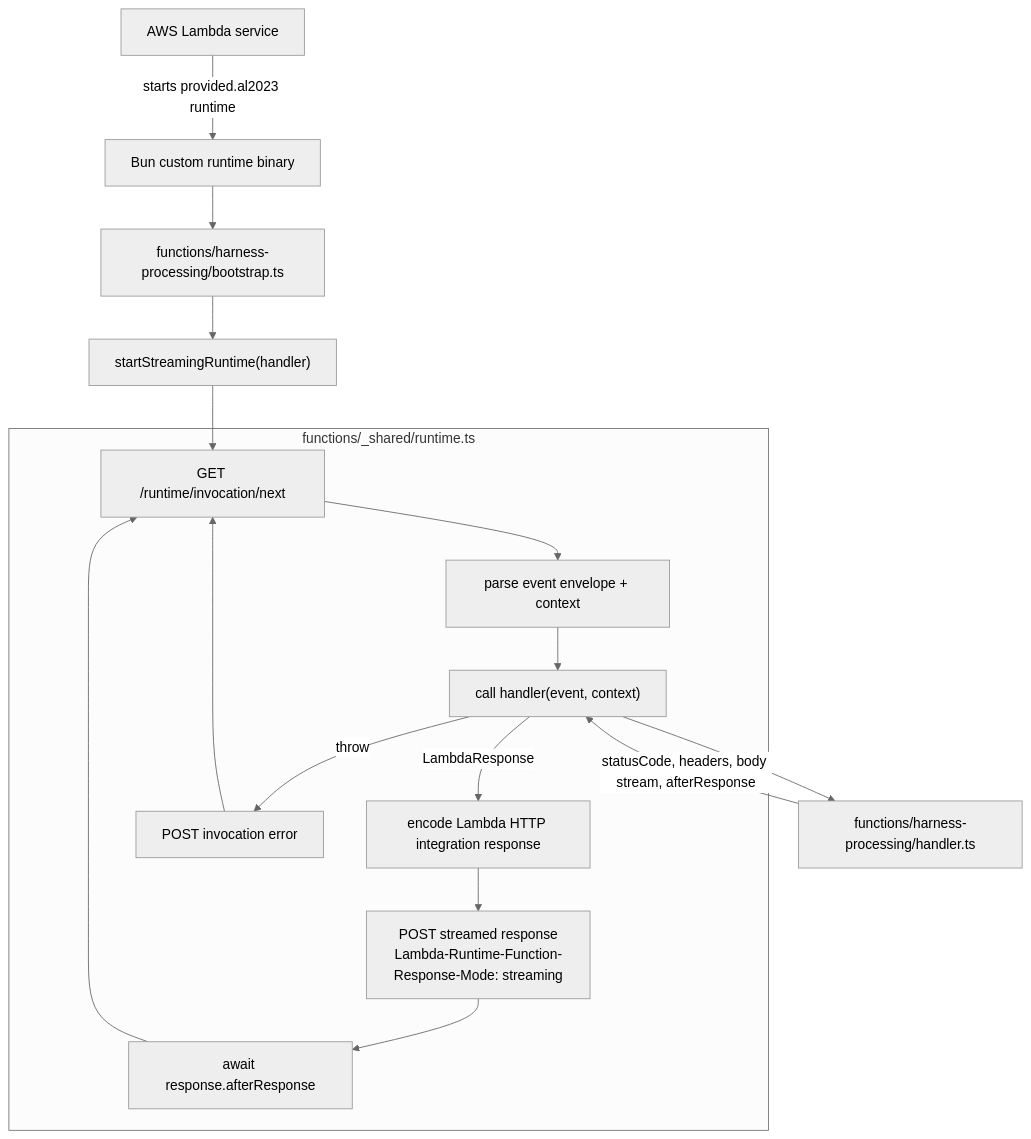
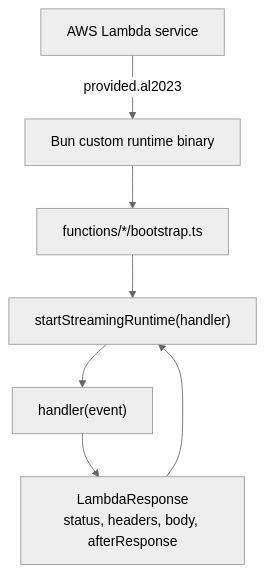
The first of 7 diagrams in docs/architecture.md (beeblastco/filthy-panty), drawn with Mermaid (neutral theme) before and after one commit. The commit also changed other lines of this file and 32 other files, not shown here.

````diff
--- a/docs/architecture.md
+++ b/docs/architecture.md
@@ -9,25 +9,9 @@
 ```mermaid
 flowchart TD
-  Aws["AWS Lambda service"] -->|"starts provided.al2023 runtime"| Bun["Bun custom runtime binary"]
-  Bun --> Boot["functions/harness-processing/bootstrap.ts"]
-  Boot --> Start["startStreamingRuntime(handler)"]
-
-  subgraph Runtime["functions/_shared/runtime.ts"]
-    Poll["GET /runtime/invocation/next"]
-    Parse["parse event envelope + context"]
-    Call["call handler(event, context)"]
-    Encode["encode Lambda HTTP integration response"]
-    Stream["POST streamed response<br/>Lambda-Runtime-Function-Response-Mode: streaming"]
-    After["await response.afterResponse"]
-    Error["POST invocation error"]
-  end
-
-  Start --> Poll --> Parse --> Call
-  Call -->|"LambdaResponse"| Encode --> Stream --> After
-  Call -->|"throw"| Error
-  After --> Poll
-  Error --> Poll
-
-  Call --> App["functions/harness-processing/handler.ts"]
-  App -->|"statusCode, headers, body stream, afterResponse"| Call
+  Aws["AWS Lambda service"] -->|"provided.al2023"| Bun["Bun custom runtime binary"]
+  Bun --> Boot["functions/*/bootstrap.ts"]
+  Boot --> Runtime["startStreamingRuntime(handler)"]
+  Runtime --> Handler["handler(event)"]
+  Handler --> Response["LambdaResponse<br/>status, headers, body, afterResponse"]
+  Response --> Runtime
 ```
````
